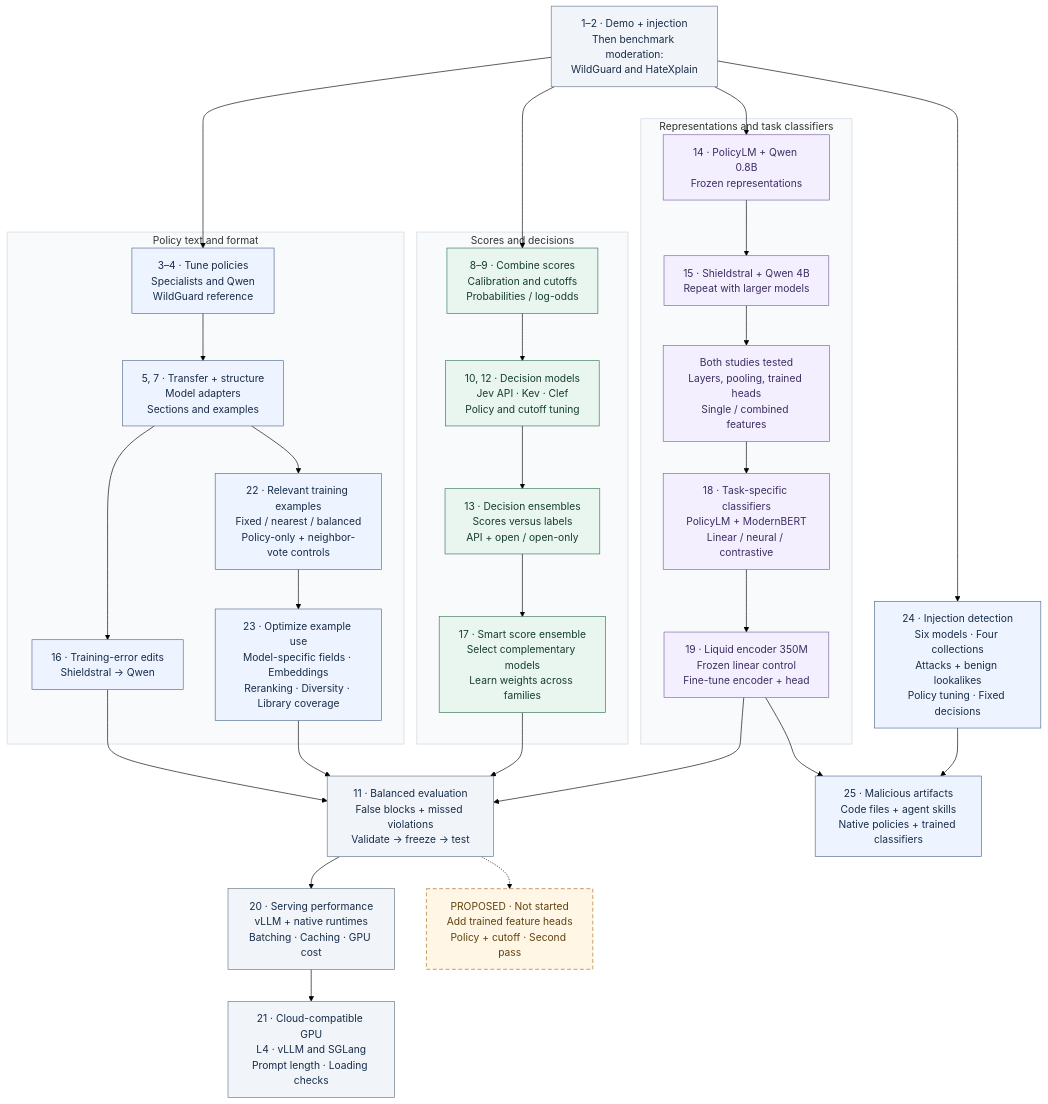
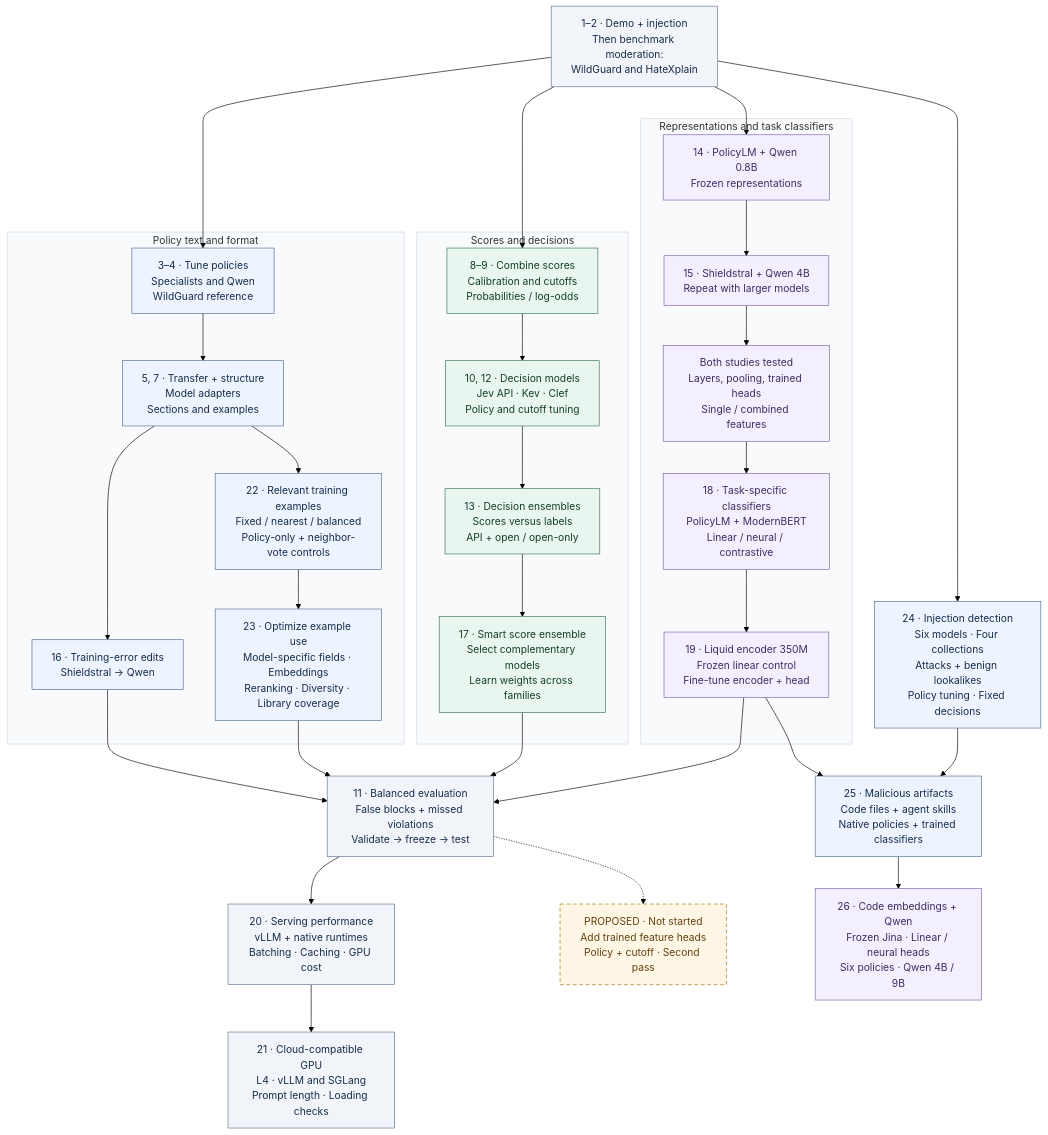
Before and after one commit to harshsinghal/safeguard-eval: the diagram in README.md, drawn with Mermaid (forest theme). The commit also changed other lines of this file and 269 other files, not shown here.

Commit message:
Publish code-embedding and Qwen artifact screening results

````diff
--- a/README.md
+++ b/README.md
@@ -26,63 +27,64 @@
 ```mermaid
 flowchart TB
     START["1–2 · Demo + injection<br/>Then benchmark moderation:<br/>WildGuard and HateXplain"]
 
     subgraph POLICY["Policy text and format"]
         P1["3–4 · Tune policies<br/>Specialists and Qwen<br/>WildGuard reference"]
         P2["5, 7 · Transfer + structure<br/>Model adapters<br/>Sections and examples"]
         P3["16 · Training-error edits<br/>Shieldstral → Qwen"]
         P4["22 · Relevant training examples<br/>Fixed / nearest / balanced<br/>Policy-only + neighbor-vote controls"]
         P5["23 · Optimize example use<br/>Model-specific fields · Embeddings<br/>Reranking · Diversity · Library coverage"]
         P1 --> P2 --> P3
         P2 --> P4 --> P5
     end
 
     subgraph SCORES["Scores and decisions"]
         S1["8–9 · Combine scores<br/>Calibration and cutoffs<br/>Probabilities / log-odds"]
         S2["10, 12 · Decision models<br/>Jev API · Kev · Clef<br/>Policy and cutoff tuning"]
         S3["13 · Decision ensembles<br/>Scores versus labels<br/>API + open / open-only"]
         S4["17 · Smart score ensemble<br/>Select complementary models<br/>Learn weights across families"]
         S1 --> S2 --> S3 --> S4
     end
 
     subgraph FEATURES["Representations and task classifiers"]
         F1["14 · PolicyLM + Qwen 0.8B<br/>Frozen representations"]
         F2["15 · Shieldstral + Qwen 4B<br/>Repeat with larger models"]
         F3["Both studies tested<br/>Layers, pooling, trained heads<br/>Single / combined features"]
         F4["18 · Task-specific classifiers<br/>PolicyLM + ModernBERT<br/>Linear / neural / contrastive"]
         F5["19 · Liquid encoder 350M<br/>Frozen linear control<br/>Fine-tune encoder + head"]
         F1 --> F2 --> F3 --> F4 --> F5
     end
 
     START --> P1
     START --> S1
     START --> F1
     P3 --> EVIDENCE
     P5 --> EVIDENCE
     S4 --> EVIDENCE
     F5 --> EVIDENCE
     EVIDENCE["11 · Balanced evaluation<br/>False blocks + missed violations<br/>Validate → freeze → test"]
     EVIDENCE --> SERVING["20 · Serving performance<br/>vLLM + native runtimes<br/>Batching · Caching · GPU cost"]
     SERVING --> CLOUD["21 · Cloud-compatible GPU<br/>L4 · vLLM and SGLang<br/>Prompt length · Loading checks"]
     EVIDENCE -.-> NEXT["PROPOSED · Not started<br/>Add trained feature heads<br/>Policy + cutoff · Second pass"]
 
     START --> INJECTION["24 · Injection detection<br/>Six models · Four collections<br/>Attacks + benign lookalikes<br/>Policy tuning · Fixed decisions"]
 
     INJECTION --> ARTIFACTS["25 · Malicious artifacts<br/>Code files + agent skills<br/>Native policies + trained classifiers"]
     F5 --> ARTIFACTS
+    ARTIFACTS --> ARTREP["26 · Code embeddings + Qwen<br/>Frozen Jina · Linear / neural heads<br/>Six policies · Qwen 4B / 9B"]
 
     classDef neutral fill:#f1f5f9,stroke:#64748b,color:#172c49;
     classDef policy fill:#eef4ff,stroke:#526b91,color:#172c49;
     classDef scores fill:#e9f5ef,stroke:#367556,color:#153e2b;
     classDef features fill:#f4efff,stroke:#7b63a8,color:#3d2c60;
     classDef proposed fill:#fff6e5,stroke:#a36e16,color:#61420f,stroke-dasharray:6 4;
     class START,EVIDENCE,SERVING,CLOUD neutral;
     class P1,P2,P3,P4,P5 policy;
     class S1,S2,S3,S4 scores;
-    class F1,F2,F3,F4,F5 features;
+    class F1,F2,F3,F4,F5,ARTREP features;
     class NEXT proposed;
     class INJECTION,ARTIFACTS policy;
     style POLICY fill:#f8fafc,stroke:#cbd5e1
     style SCORES fill:#f8fafc,stroke:#cbd5e1
     style FEATURES fill:#f8fafc,stroke:#cbd5e1
 ```
````
